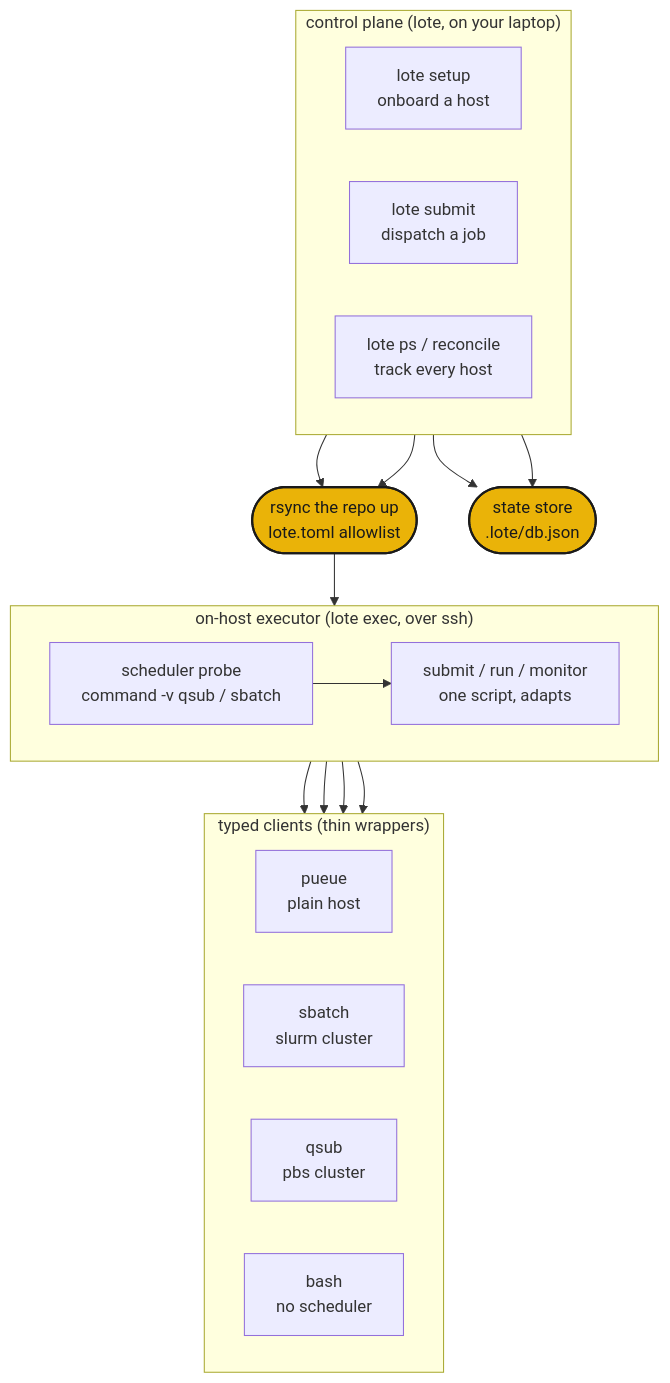
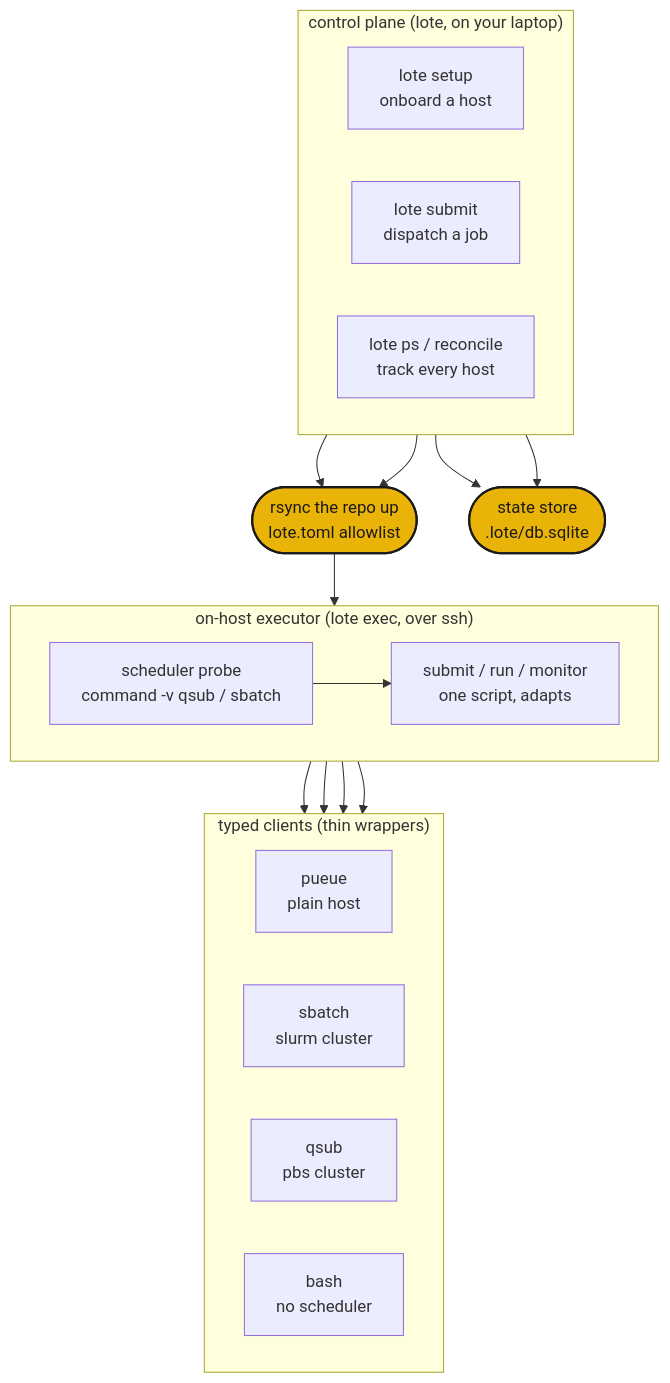
The diagram in docs/how-it-works.md (phvv-me/lote), drawn with Mermaid before and after one commit. The commit also changed other lines of this file and 58 other files, not shown here.

````diff
--- a/docs/how-it-works.md
+++ b/docs/how-it-works.md
@@ -5,40 +5,40 @@
 ```mermaid
 flowchart TB
     subgraph control["control plane (lote, on your laptop)"]
         direction LR
         SETUP["lote setup<br/>onboard a host"]
         SUBMIT["lote submit<br/>dispatch a job"]
         PS["lote ps / reconcile<br/>track every host"]
     end
 
     subgraph onhost["on-host executor (lote exec, over ssh)"]
         direction LR
         DETECT["scheduler probe<br/>command -v qsub / sbatch"]
         ADAPT["submit / run / monitor<br/>one script, adapts"]
     end
 
     subgraph clients["typed clients (thin wrappers)"]
         direction LR
         PUEUE["pueue<br/>plain host"]
         SBATCH["sbatch<br/>slurm cluster"]
         QSUB["qsub<br/>pbs cluster"]
         BASH["bash<br/>no scheduler"]
     end
 
     RSYNC(["rsync the repo up<br/>lote.toml allowlist"]):::brand
-    DB(["state store<br/>.lote/db.json"]):::brand
+    DB(["state store<br/>.lote/db.sqlite"]):::brand
 
     SETUP --> RSYNC
     SUBMIT --> RSYNC
     RSYNC --> DETECT
     DETECT --> ADAPT
     ADAPT --> PUEUE
     ADAPT --> SBATCH
     ADAPT --> QSUB
     ADAPT --> BASH
 
     SUBMIT --> DB
     PS --> DB
 
     classDef brand fill:#eab308,stroke:#1a1a1a,stroke-width:2px,color:#1a1a1a;
 ```
````
